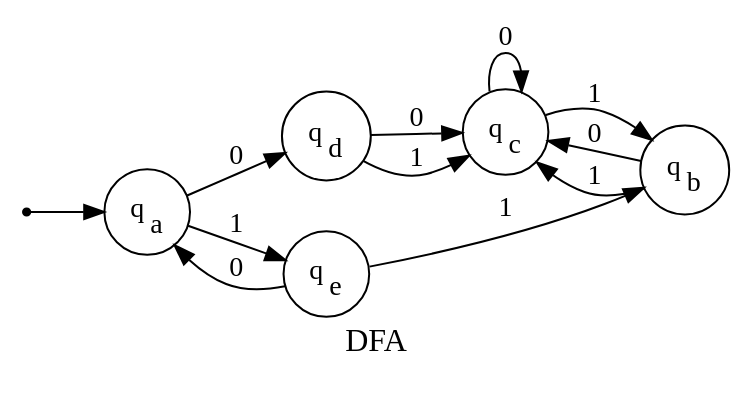
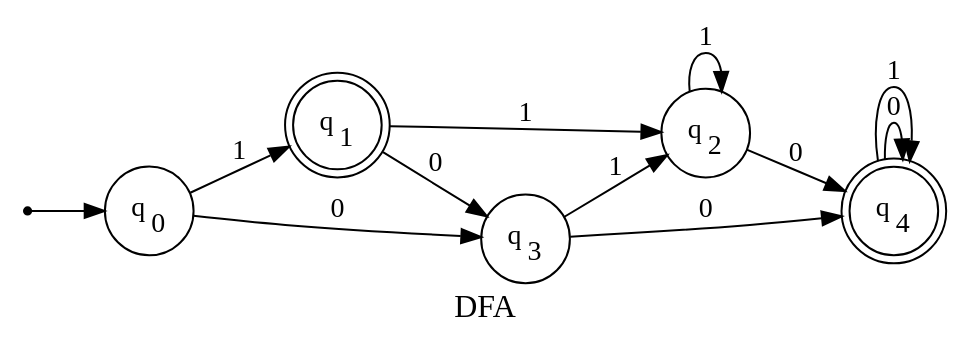
One commit to kai-tokei/fa_graphmaker changed the diagram in graph.dot. Above: the diagram before and after it, drawn with Graphviz. The commit also changed 2 other files, not shown here.

```diff
--- a/graph.dot
+++ b/graph.dot
@@ -1,31 +1,31 @@
 digraph qf {
     rankdir = LR;
     graph [label="DFA", fontsize=16];
 
     input [shape=point, style=invisible];
 
 
-    q_0[label=<q<sub>a</sub>>,shape=circle];
-    q_1[label=<q<sub>b</sub>>,shape=circle];
-    q_2[label=<q<sub>c</sub>>,shape=circle];
-    q_3[label=<q<sub>d</sub>>,shape=circle];
-    q_4[label=<q<sub>e</sub>>,shape=circle];
+    q_0[label=<q<sub>0</sub>>,shape=circle];
+    q_1[label=<q<sub>1</sub>>,shape=doublecircle];
+    q_2[label=<q<sub>2</sub>>,shape=circle];
+    q_3[label=<q<sub>3</sub>>,shape=circle];
+    q_4[label=<q<sub>4</sub>>,shape=doublecircle];
 
     input -> q_0;
 
     q_0 -> q_3 [label=0];
-    q_0 -> q_4 [label=1];
+    q_0 -> q_1 [label=1];
 
-    q_1 -> q_2 [label=0];
+    q_1 -> q_3 [label=0];
     q_1 -> q_2 [label=1];
 
-    q_2 -> q_2 [label=0];
-    q_2 -> q_1 [label=1];
+    q_2 -> q_4 [label=0];
+    q_2 -> q_2 [label=1];
 
-    q_3 -> q_2 [label=0];
+    q_3 -> q_4 [label=0];
     q_3 -> q_2 [label=1];
 
-    q_4 -> q_0 [label=0];
-    q_4 -> q_1 [label=1];
+    q_4 -> q_4 [label=0];
+    q_4 -> q_4 [label=1];
 
 }
```
